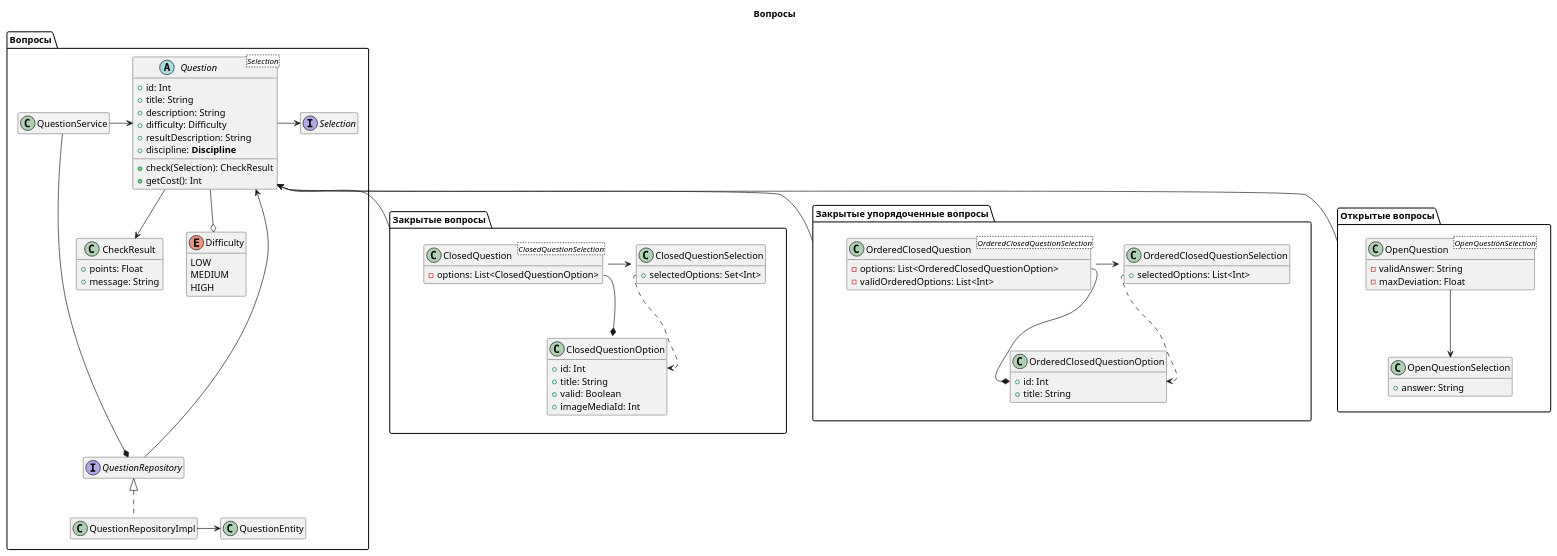
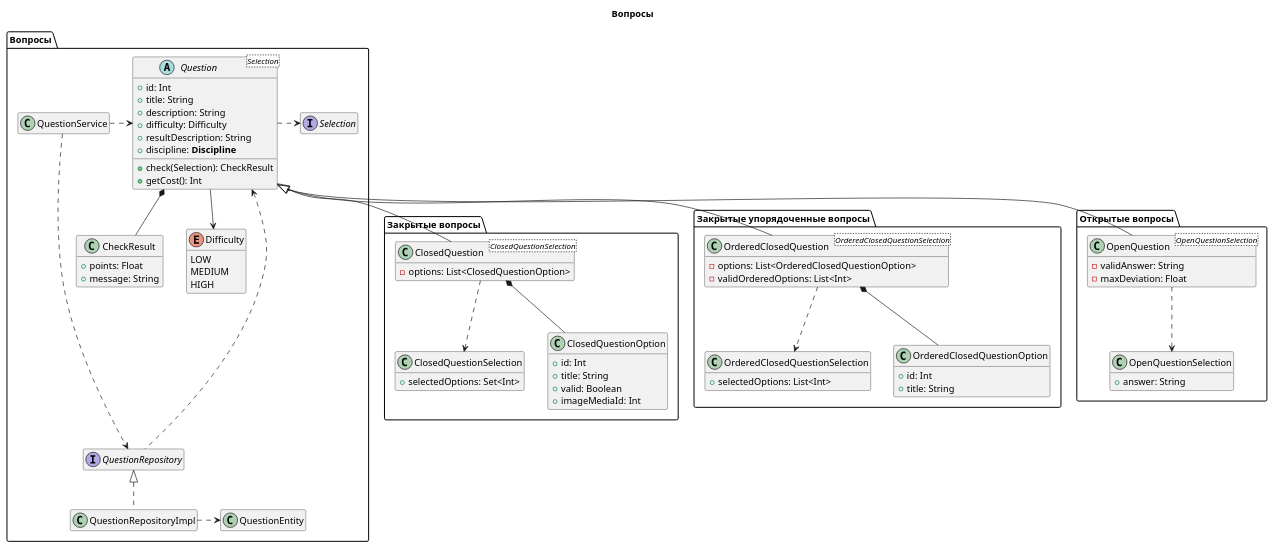
Before and after one commit to hyposun/deppplom: the diagram in src/main/docs/classes_question.puml, drawn with PlantUML. The commit also changed 6 other files, not shown here.

Commit message:
chg: актуализации схем

```diff
--- a/src/main/docs/classes_question.puml
+++ b/src/main/docs/classes_question.puml
@@ -1,119 +1,113 @@
 @startuml
 
 hide empty members
 allowmixing
 
 title "Вопросы"
 
 package "Вопросы" as questions {
 
     class QuestionService
 
     class CheckResult {
         + points: Float
         + message: String
     }
 
     abstract class Question<Selection> {
         + id: Int
         + title: String
         + description: String
         + difficulty: Difficulty
         + resultDescription: String
         + discipline: <b>Discipline</b>
         + check(Selection): CheckResult
         + getCost(): Int
     }
 
     interface Selection
-    Question -> Selection
-    Question --o Difficulty
-    Question -d-> CheckResult
+    Question .> Selection
+    Question --> Difficulty
+    Question *-d- CheckResult
 
     enum Difficulty {
         LOW
         MEDIUM
         HIGH
     }
 
-    QuestionService -> Question
+    QuestionService .> Question
 
     interface QuestionRepository
-    QuestionService ----* QuestionRepository
+    QuestionService ....> QuestionRepository
 
-    Question <-- QuestionRepository
+    Question <.. QuestionRepository
 
     class QuestionRepositoryImpl implements QuestionRepository
     class QuestionEntity
 
-    QuestionRepositoryImpl -> QuestionEntity
+    QuestionRepositoryImpl .> QuestionEntity
 
 }
 
 package "Закрытые вопросы" as closed_questions {
 
     class ClosedQuestion<ClosedQuestionSelection> {
         - options: List<ClosedQuestionOption>
     }
 
     class ClosedQuestionSelection {
         + selectedOptions: Set<Int>
     }
 
     class ClosedQuestionOption {
         + id: Int
         + title: String
         + valid: Boolean
         + imageMediaId: Int
     }
 
-    ClosedQuestion::options --* ClosedQuestionOption
-    ClosedQuestion -> ClosedQuestionSelection
-
-    ClosedQuestionSelection::selectedOptions ..> ClosedQuestionOption::id
+    ClosedQuestion *-- ClosedQuestionOption
+    ClosedQuestion ..> ClosedQuestionSelection
 }
 
 package "Закрытые упорядоченные вопросы" as ordered_questions {
 
     class OrderedClosedQuestion<OrderedClosedQuestionSelection> {
         - options: List<OrderedClosedQuestionOption>
         - validOrderedOptions: List<Int>
     }
 
     class OrderedClosedQuestionSelection {
         + selectedOptions: List<Int>
     }
 
     class OrderedClosedQuestionOption {
         + id: Int
         + title: String
     }
 
-    OrderedClosedQuestion -> OrderedClosedQuestionSelection
-
-    OrderedClosedQuestion::options --* OrderedClosedQuestionOption::id
-
-    OrderedClosedQuestionSelection::selectedOptions ..> OrderedClosedQuestionOption::id
-
+    OrderedClosedQuestion ..> OrderedClosedQuestionSelection
+    OrderedClosedQuestion *-- OrderedClosedQuestionOption
 }
 
 package "Открытые вопросы" as open_questions {
 
     class OpenQuestion<OpenQuestionSelection> {
         - validAnswer: String
         - maxDeviation: Float
     }
 
     class OpenQuestionSelection {
         + answer: String
     }
 
-    OpenQuestion --> OpenQuestionSelection
+    OpenQuestion ..> OpenQuestionSelection
 }
 
-Question <-- closed_questions
-Question <-- ordered_questions
-Question <-- open_questions
+Question <|-- ClosedQuestion
+Question <|-- OrderedClosedQuestion
+Question <|-- OpenQuestion
 
 
 @enduml
```
